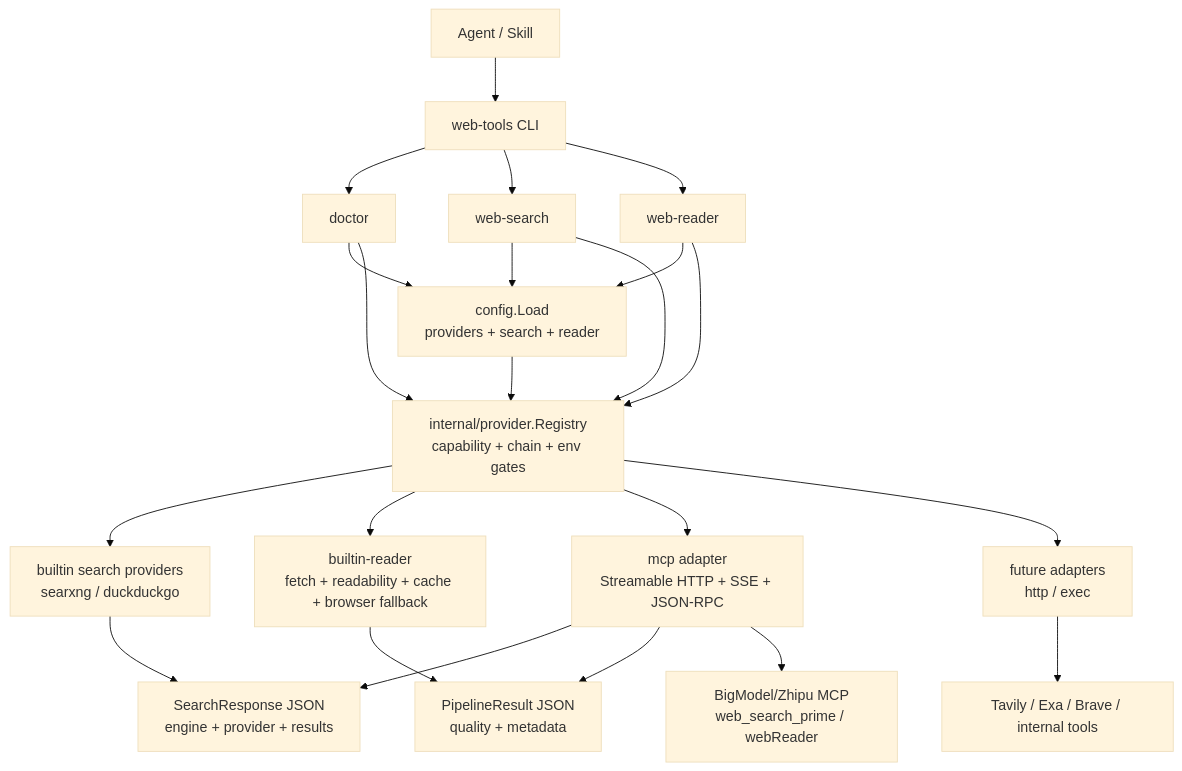
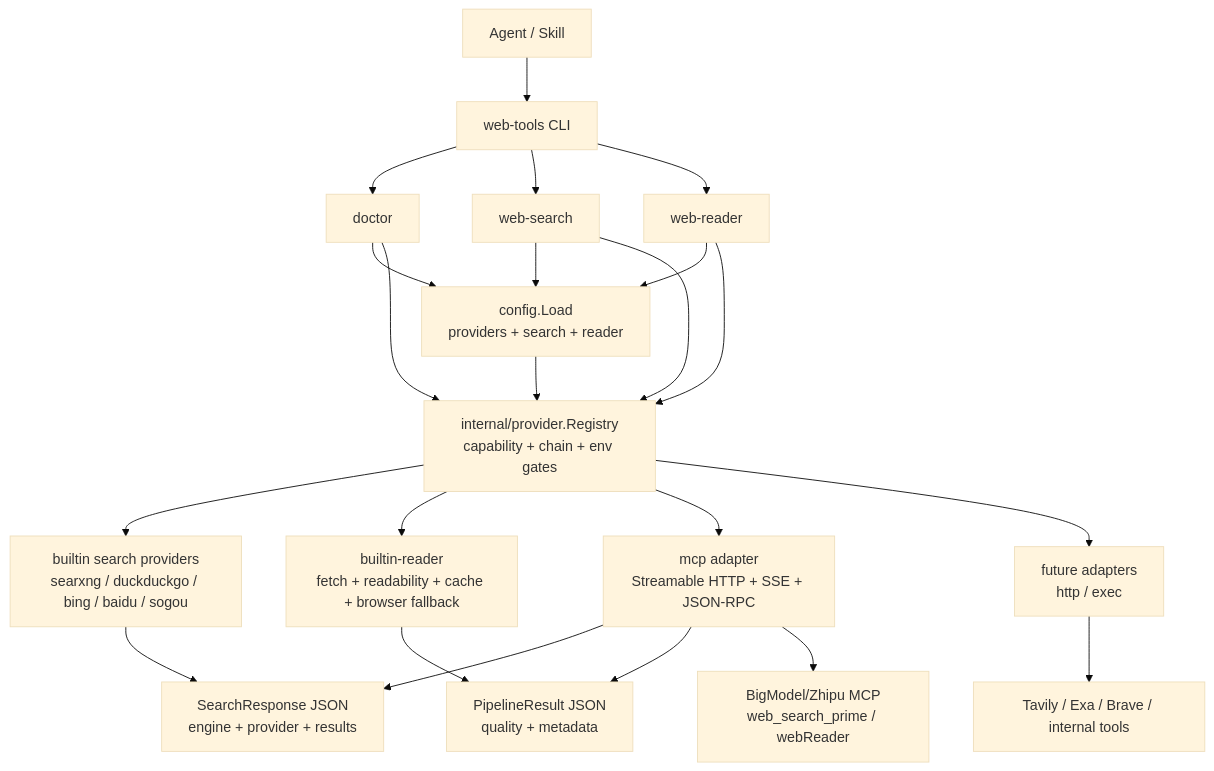
One commit to koda-claw/web-tools changed the first of 5 diagrams in docs/provider-architecture.md. Above: the diagram before and after it, drawn with Mermaid (base theme). The commit also changed other lines of this file and 28 other files, not shown here.

Commit message:
feat: add explicit domestic search providers

````diff
--- a/docs/provider-architecture.md
+++ b/docs/provider-architecture.md
@@ -49,28 +49,28 @@
 ```mermaid
 flowchart TB
     Agent["Agent / Skill"] --> CLI["web-tools CLI"]
     CLI --> Doctor["doctor"]
     CLI --> SearchCmd["web-search"]
     CLI --> ReaderCmd["web-reader"]
 
     Config["config.Load\nproviders + search + reader"] --> Registry["internal/provider.Registry\ncapability + chain + env gates"]
     Doctor --> Config
     Doctor --> Registry
     SearchCmd --> Config
     ReaderCmd --> Config
     SearchCmd --> Registry
     ReaderCmd --> Registry
 
-    Registry --> BuiltinSearch["builtin search providers\nsearxng / duckduckgo"]
+    Registry --> BuiltinSearch["builtin search providers\nsearxng / duckduckgo / bing / baidu / sogou"]
     Registry --> BuiltinReader["builtin-reader\nfetch + readability + cache + browser fallback"]
     Registry --> MCPAdapter["mcp adapter\nStreamable HTTP + SSE + JSON-RPC"]
     Registry --> FutureAdapters["future adapters\nhttp / exec"]
 
     BuiltinSearch --> SearchJSON["SearchResponse JSON\nengine + provider + results"]
     MCPAdapter --> SearchJSON
     BuiltinReader --> ReaderJSON["PipelineResult JSON\nquality + metadata"]
     MCPAdapter --> ReaderJSON
 
     MCPAdapter --> BigModel["BigModel/Zhipu MCP\nweb_search_prime / webReader"]
     FutureAdapters --> External["Tavily / Exa / Brave / internal tools"]
 ```
````
